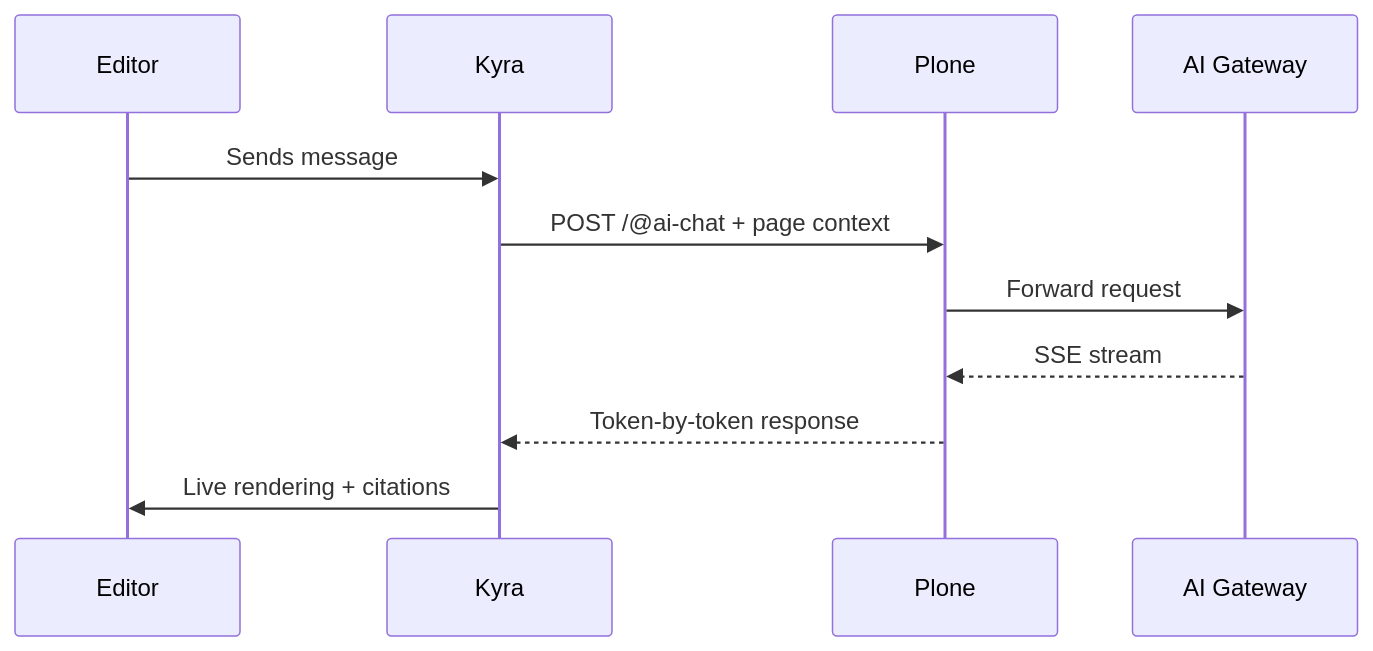
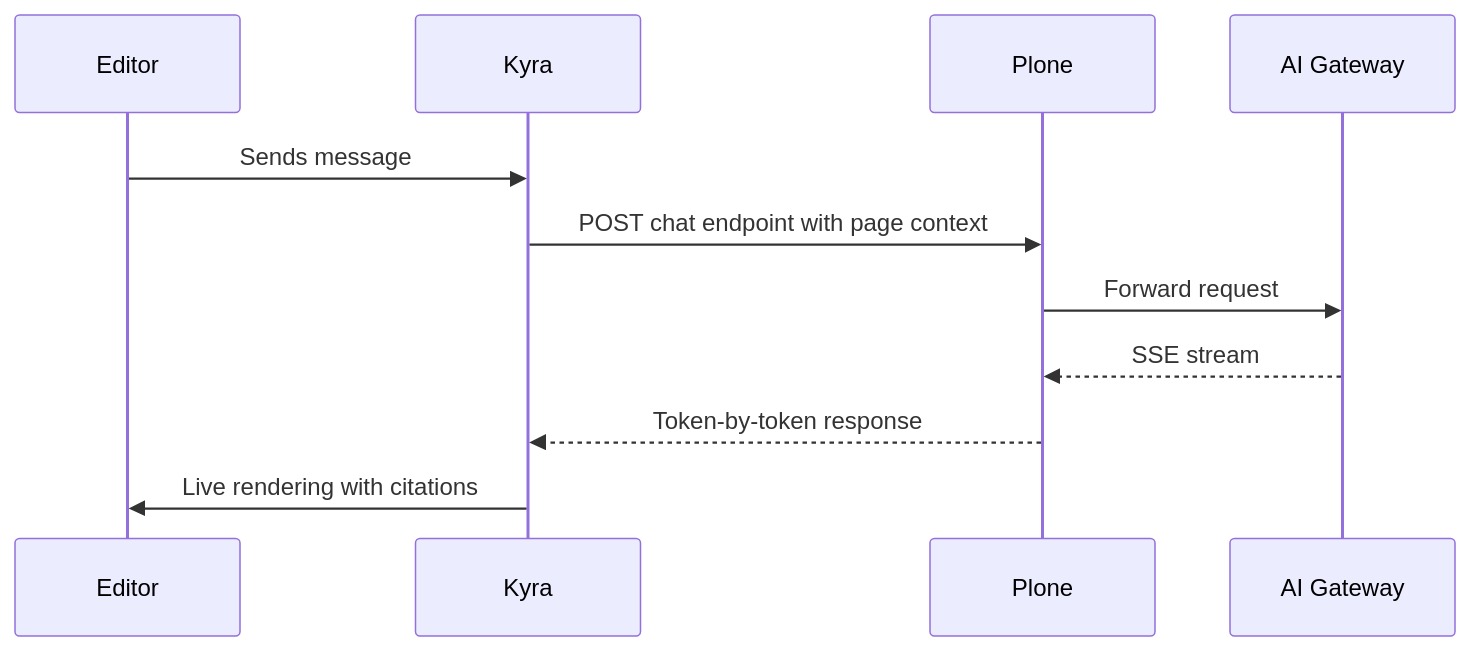
Before and after one commit to interaktivgmbh/volto-interaktiv-kyra: the third of 6 diagrams in README.md, drawn with Mermaid. The commit also changed other lines of this file, not shown here.

````diff
--- a/README.md
+++ b/README.md
@@ -106,14 +102,14 @@
 ```mermaid
 sequenceDiagram
     participant Editor
     participant Kyra
     participant Plone
     participant AI as AI Gateway
 
     Editor->>Kyra: Sends message
-    Kyra->>Plone: POST /@ai-chat + page context
+    Kyra->>Plone: POST chat endpoint with page context
     Plone->>AI: Forward request
     AI-->>Plone: SSE stream
     Plone-->>Kyra: Token-by-token response
-    Kyra->>Editor: Live rendering + citations
+    Kyra->>Editor: Live rendering with citations
 ```
````
